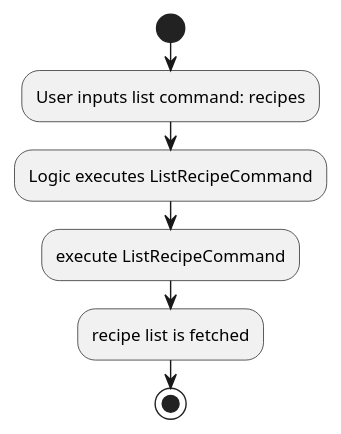
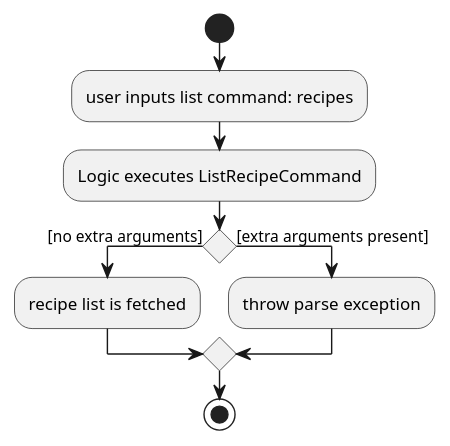
One commit to nus-cs2103-AY2021S1/tp changed the diagram in docs/diagrams/ListRecipeActivityDiagram.puml. Above: the diagram before and after it, drawn with PlantUML.

Commit message:
Update diagram

```diff
--- a/docs/diagrams/ListRecipeActivityDiagram.puml
+++ b/docs/diagrams/ListRecipeActivityDiagram.puml
@@ -1,10 +1,12 @@
 @startuml
 start
-:User inputs list command: recipes;
+:user inputs list command: recipes;
 :Logic executes ListRecipeCommand;
-:execute ListRecipeCommand;
+if () then ([no extra arguments])
 :recipe list is fetched;
-
+else ([extra arguments present])
+    :throw parse exception;
+endif
 stop
 
 @enduml
```
